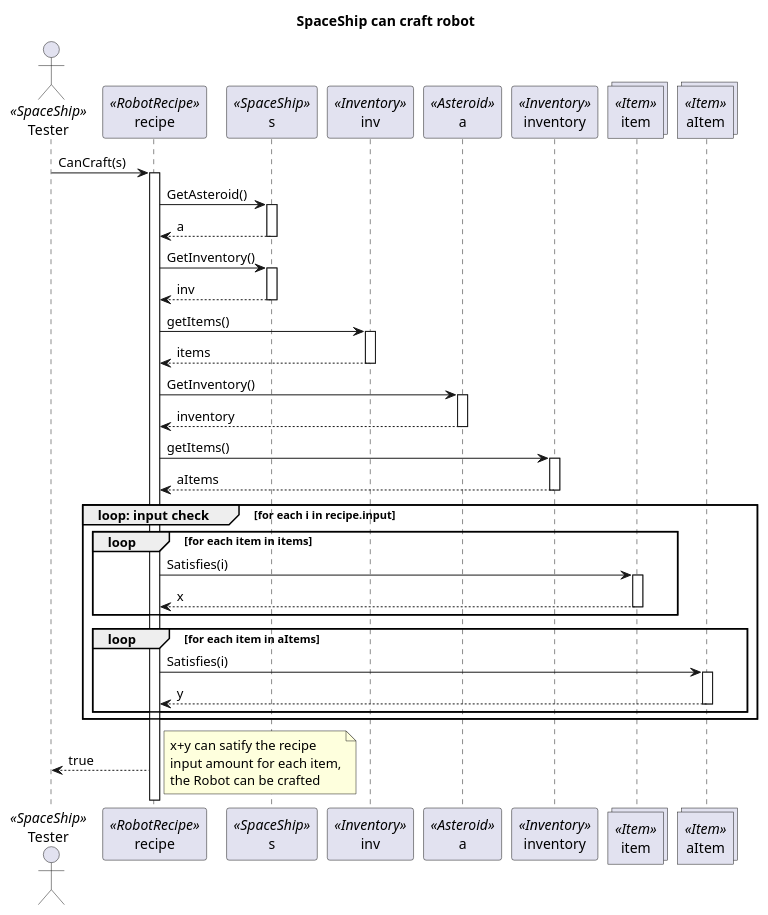
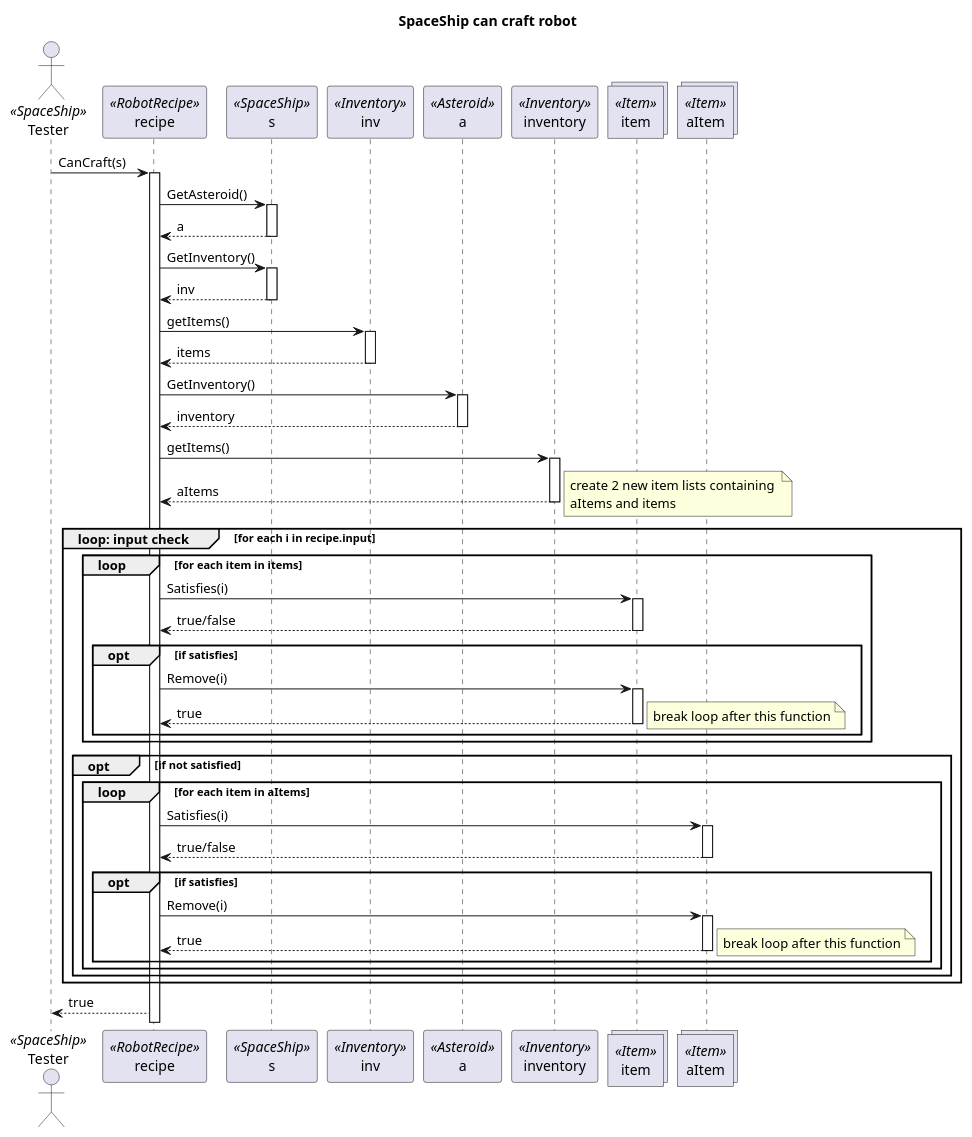
Before and after one commit to viseguard-studios/Documentation: the diagram in docs/bead07/Diagrams/CraftRobot/2.Possible_to_craft_robot.puml, drawn with PlantUML. The commit also changed 6 other files, not shown here.

```diff
--- a/docs/bead07/Diagrams/CraftRobot/2.Possible_to_craft_robot.puml
+++ b/docs/bead07/Diagrams/CraftRobot/2.Possible_to_craft_robot.puml
@@ -1,52 +1,74 @@
 @startuml
 actor Tester as Tester <<SpaceShip>>
 participant recipe as recipe <<RobotRecipe>>
 participant s as s <<SpaceShip>>
 participant inv as inv <<Inventory>>
 participant a as a <<Asteroid>>
 participant inventory as inventory <<Inventory>>
 collections item as item <<Item>>
 collections aItem as aItem <<Item>>
 
 title SpaceShip can craft robot
 
 Tester-> recipe++: CanCraft(s)
 recipe -> s++: GetAsteroid()
 
 s --> recipe--: a
 recipe -> s++: GetInventory()
 
 s --> recipe--: inv
 
 recipe -> inv++: getItems()
 inv --> recipe--: items
 
 recipe -> a++: GetInventory()
 a --> recipe--: inventory
 
 recipe -> inventory++: getItems()
 inventory --> recipe--: aItems
 
+note right
+create 2 new item lists containing 
+aItems and items 
+end note
+
 group loop: input check[for each i in recipe.input]
 
     group loop [for each item in items]
         recipe -> item++: Satisfies(i)
-        item --> recipe--: x
+        item --> recipe--: true/false
+        opt if satisfies
+        recipe -> item++: Remove(i)
+        item --> recipe--: true
+
+        note right
+        break loop after this function
+        end note
+
+        end
     end
 
-    group loop [for each item in aItems]
-        recipe -> aItem++: Satisfies(i)
-        aItem --> recipe--: y
+    opt if not satisfied
+            group loop [for each item in aItems]
+            recipe -> aItem++: Satisfies(i)
+            aItem --> recipe--: true/false
+                opt if satisfies
+                recipe -> aItem++: Remove(i)
+                aItem --> recipe--: true
+
+                note right
+                break loop after this function
+                end note
+
+                end
+            end
     end
+
 end
+
+
+
 
 recipe --> Tester: true
 
-note right
-x+y can satify the recipe
-input amount for each item,
-the Robot can be crafted
-end note
-
-
 @enduml
```
